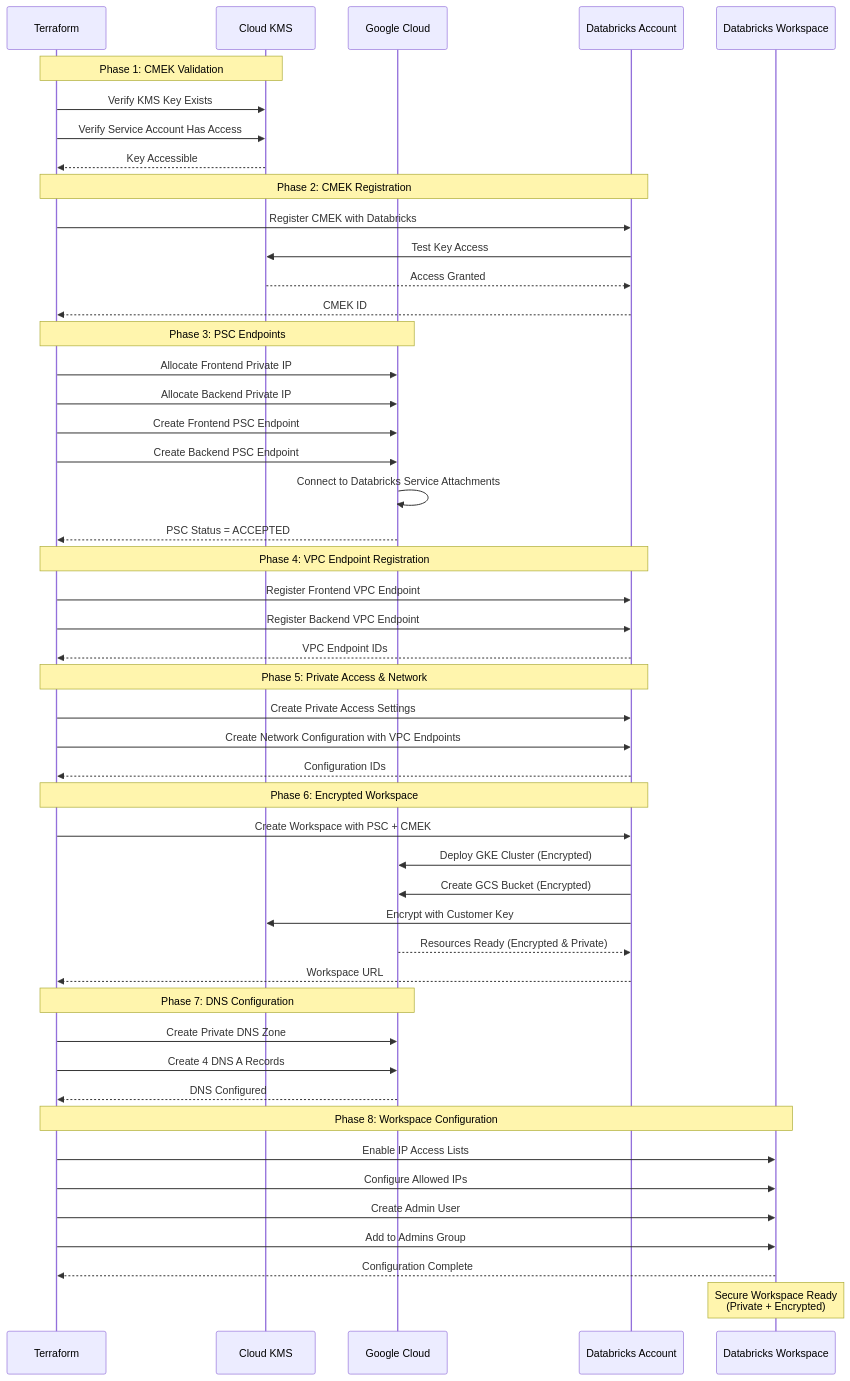
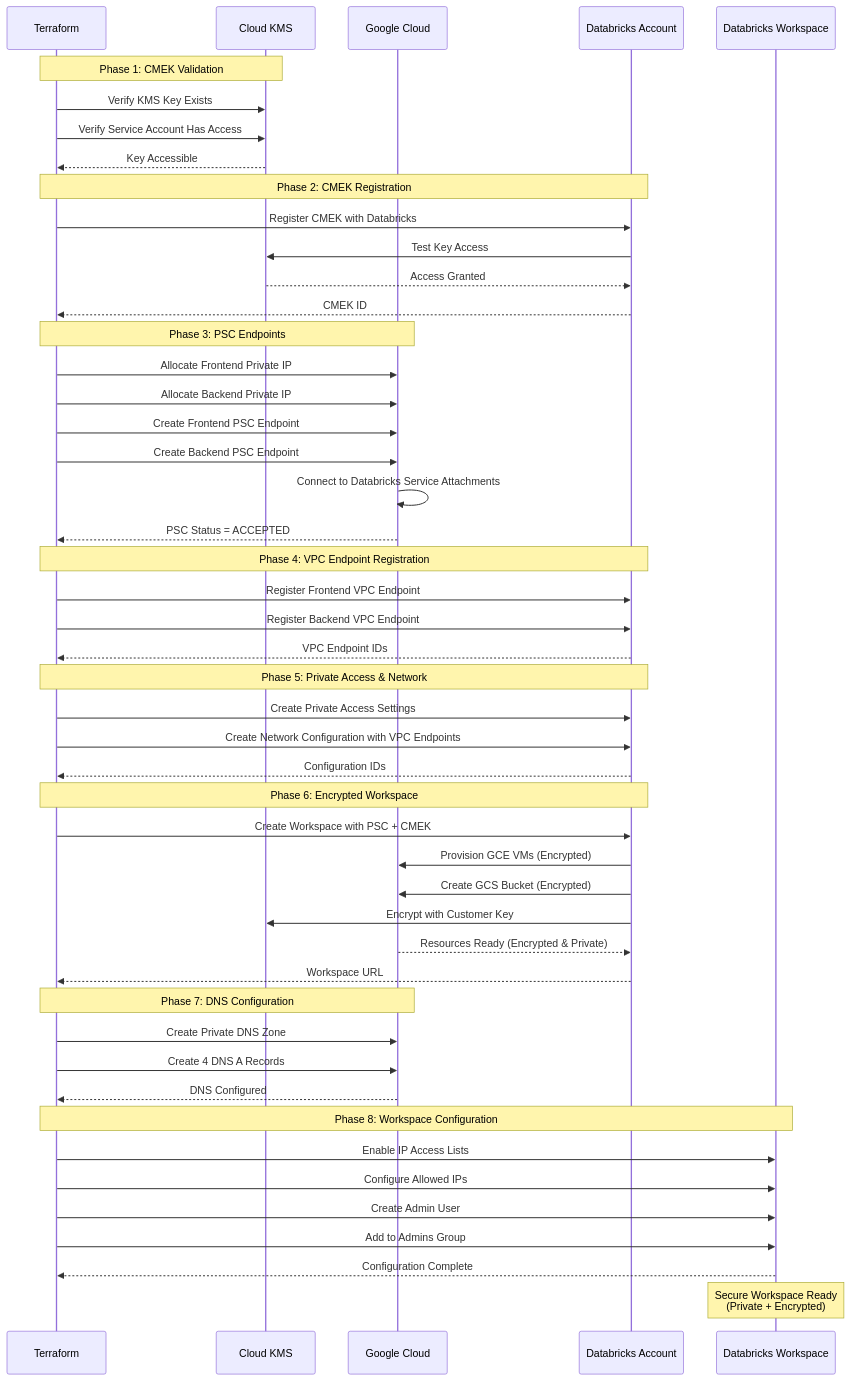
One commit to bhavink/databricks changed the third of 3 diagrams in gcpdb4u/templates/terraform-scripts/byovpc-psc-cmek-ws/readme.md. Above: the diagram before and after it, drawn with Mermaid. The commit also changed other lines of this file and 11 other files, not shown here.

First line of the commit message:
docs(gcpdb4u): remove GKE refs; classic compute is now GCE-based

````diff
--- a/gcpdb4u/templates/terraform-scripts/byovpc-psc-cmek-ws/readme.md
+++ b/gcpdb4u/templates/terraform-scripts/byovpc-psc-cmek-ws/readme.md
@@ -669,59 +668,59 @@
 ```mermaid
 sequenceDiagram
     participant TF as Terraform
     participant KMS as Cloud KMS
     participant GCP as Google Cloud
     participant DB_ACC as Databricks Account
     participant DB_WS as Databricks Workspace
 
     Note over TF,KMS: Phase 1: CMEK Validation
     TF->>KMS: Verify KMS Key Exists
     TF->>KMS: Verify Service Account Has Access
     KMS-->>TF: Key Accessible
 
     Note over TF,DB_ACC: Phase 2: CMEK Registration
     TF->>DB_ACC: Register CMEK with Databricks
     DB_ACC->>KMS: Test Key Access
     KMS-->>DB_ACC: Access Granted
     DB_ACC-->>TF: CMEK ID
 
     Note over TF,GCP: Phase 3: PSC Endpoints
     TF->>GCP: Allocate Frontend Private IP
     TF->>GCP: Allocate Backend Private IP
     TF->>GCP: Create Frontend PSC Endpoint
     TF->>GCP: Create Backend PSC Endpoint
     GCP->>GCP: Connect to Databricks Service Attachments
     GCP-->>TF: PSC Status = ACCEPTED
 
     Note over TF,DB_ACC: Phase 4: VPC Endpoint Registration
     TF->>DB_ACC: Register Frontend VPC Endpoint
     TF->>DB_ACC: Register Backend VPC Endpoint
     DB_ACC-->>TF: VPC Endpoint IDs
 
     Note over TF,DB_ACC: Phase 5: Private Access & Network
     TF->>DB_ACC: Create Private Access Settings
     TF->>DB_ACC: Create Network Configuration with VPC Endpoints
     DB_ACC-->>TF: Configuration IDs
 
     Note over TF,DB_ACC: Phase 6: Encrypted Workspace
     TF->>DB_ACC: Create Workspace with PSC + CMEK
-    DB_ACC->>GCP: Deploy GKE Cluster (Encrypted)
+    DB_ACC->>GCP: Provision GCE VMs (Encrypted)
     DB_ACC->>GCP: Create GCS Bucket (Encrypted)
     DB_ACC->>KMS: Encrypt with Customer Key
     GCP-->>DB_ACC: Resources Ready (Encrypted & Private)
     DB_ACC-->>TF: Workspace URL
 
     Note over TF,GCP: Phase 7: DNS Configuration
     TF->>GCP: Create Private DNS Zone
     TF->>GCP: Create 4 DNS A Records
     GCP-->>TF: DNS Configured
 
     Note over TF,DB_WS: Phase 8: Workspace Configuration
     TF->>DB_WS: Enable IP Access Lists
     TF->>DB_WS: Configure Allowed IPs
     TF->>DB_WS: Create Admin User
     TF->>DB_WS: Add to Admins Group
     DB_WS-->>TF: Configuration Complete
 
     Note over DB_WS: Secure Workspace Ready<br/>(Private + Encrypted)
 ```
````
